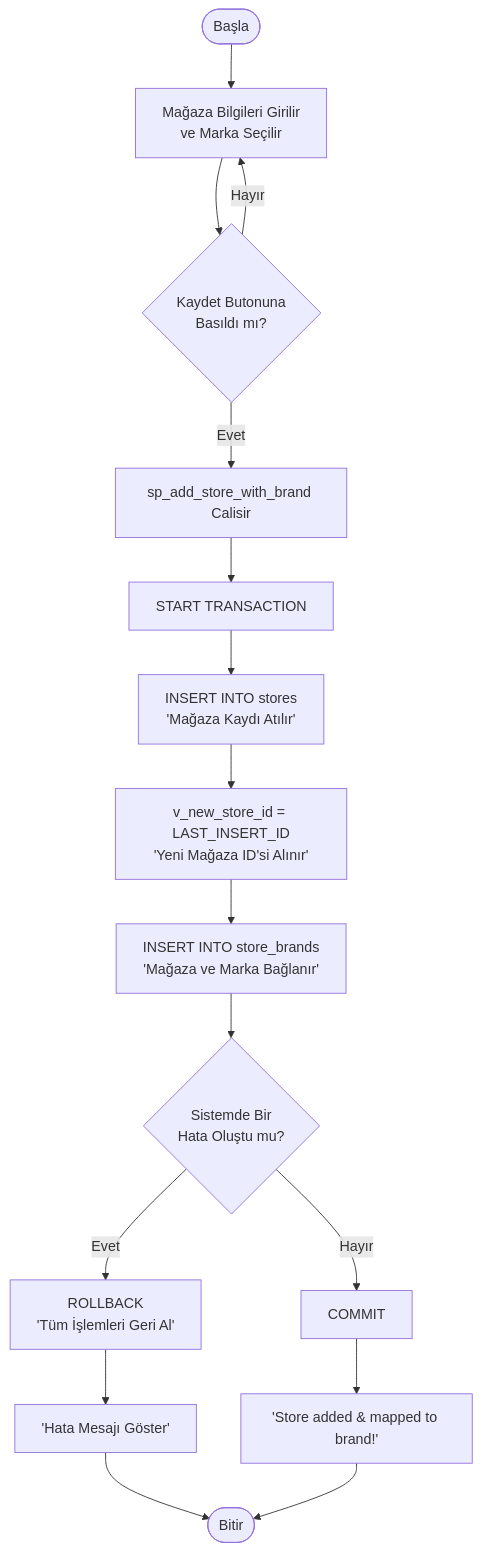
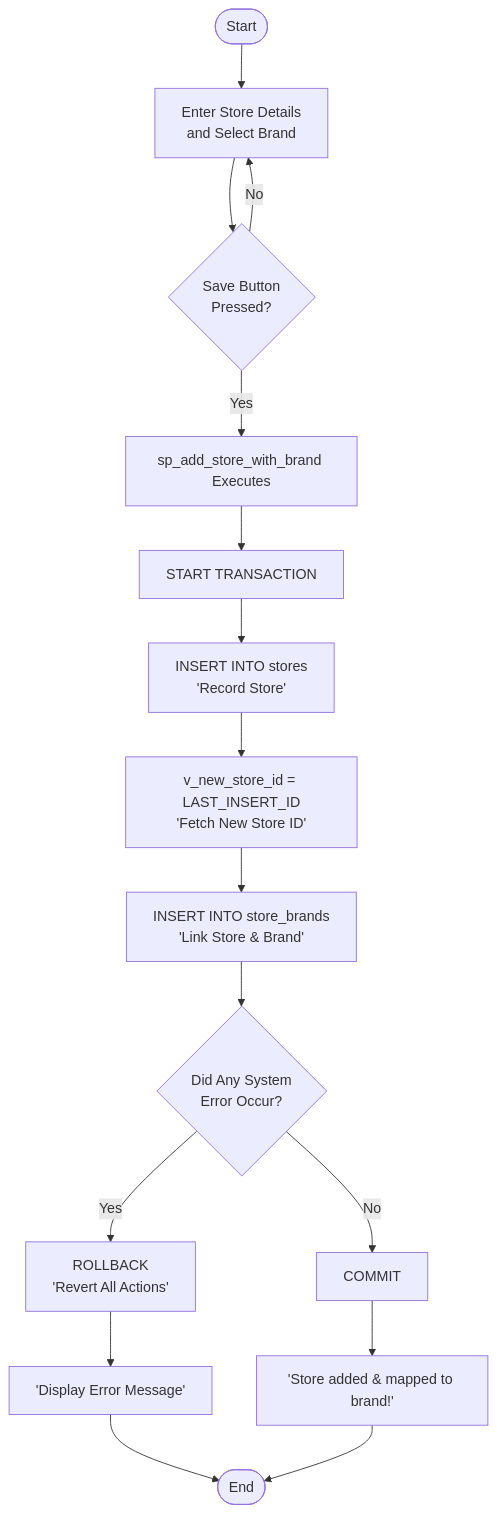
The second of 5 diagrams in README.md (Can-Vural/Mall_Managment_System), drawn with Mermaid before and after one commit. The commit also changed other lines of this file, not shown here.

````diff
--- a/README.md
+++ b/README.md
@@ -97,17 +104,16 @@
 ```mermaid
 flowchart TD
-    A([Başla]) --> B[Mağaza Bilgileri Girilir\nve Marka Seçilir]
-    B --> C{Kaydet Butonuna\nBasıldı mı?}
-    C -- Hayır --> B
-    C -- Evet --> D[sp_add_store_with_brand Calisir]
+    A([Start]) --> B[Enter Store Details\nand Select Brand]
+    B --> C{Save Button\nPressed?}
+    C -- No --> B
+    C -- Yes --> D[sp_add_store_with_brand Executes]
     D --> E[START TRANSACTION]
-    E --> F[INSERT INTO stores\n'Mağaza Kaydı Atılır']
-    F --> G[v_new_store_id = LAST_INSERT_ID\n'Yeni Mağaza ID'si Alınır']
-    G --> H[INSERT INTO store_brands\n'Mağaza ve Marka Bağlanır']
-    H --> I{Sistemde Bir\nHata Oluştu mu?}
-    I -- Evet --> J[ROLLBACK\n'Tüm İşlemleri Geri Al']
-    J --> K['Hata Mesajı Göster'] --> Z([Bitir])
-    I -- Hayır --> L[COMMIT]
+    E --> F[INSERT INTO stores\n'Record Store']
+    F --> G[v_new_store_id = LAST_INSERT_ID\n'Fetch New Store ID']
+    G --> H[INSERT INTO store_brands\n'Link Store & Brand']
+    H --> I{Did Any System\nError Occur?}
+    I -- Yes --> J[ROLLBACK\n'Revert All Actions']
+    J --> K['Display Error Message'] --> Z([End])
+    I -- No --> L[COMMIT]
     L --> M['Store added & mapped to brand!'] --> Z
-
 ```
````
